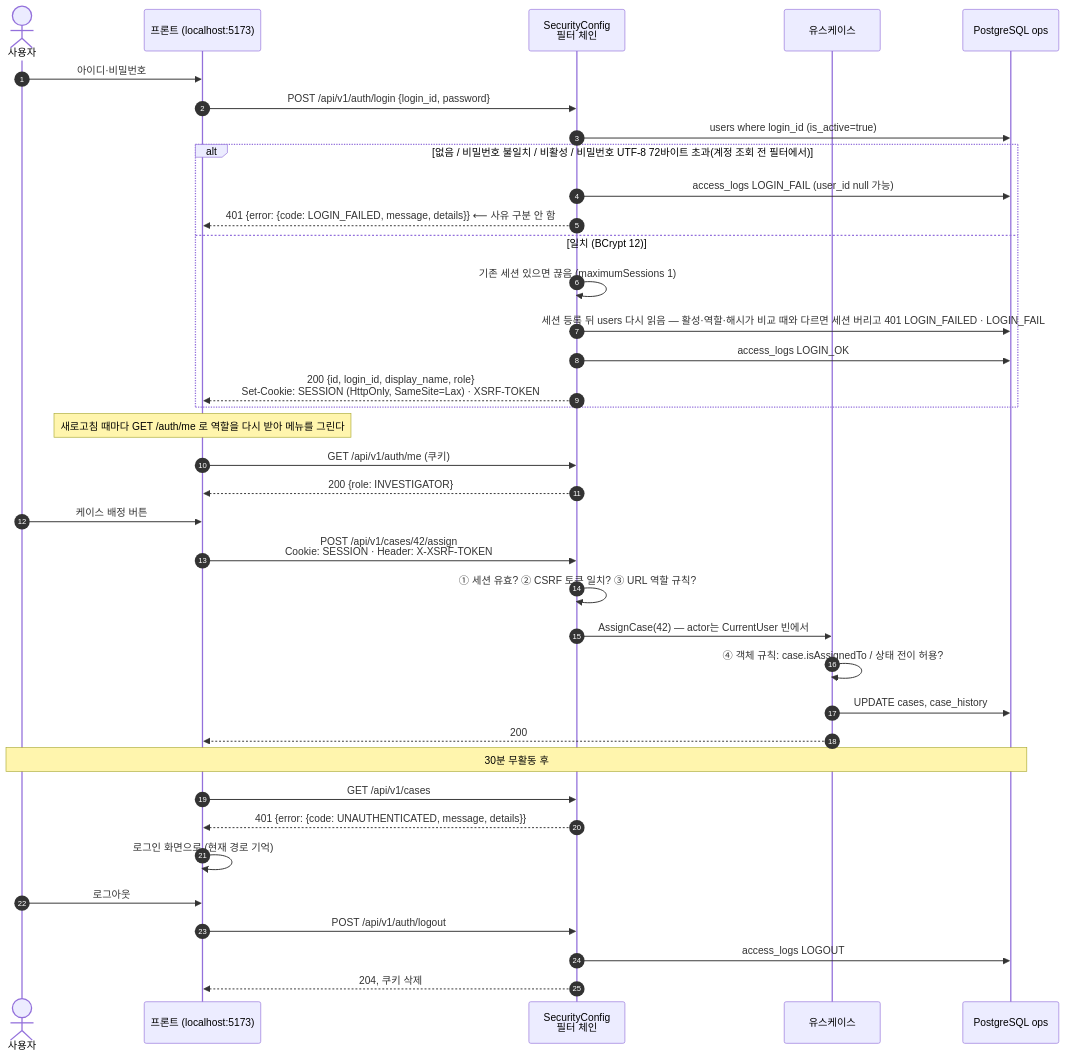
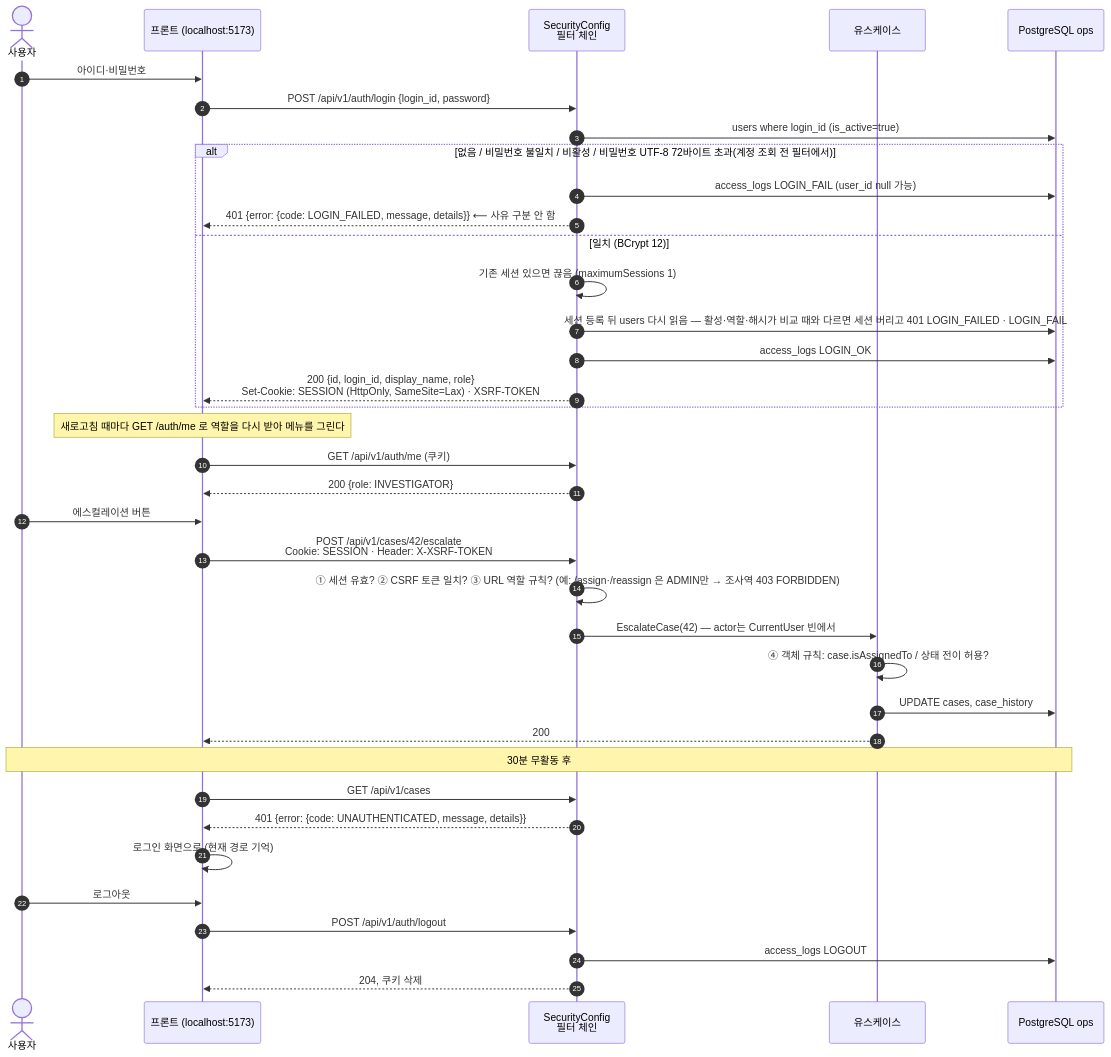
Before and after one commit to dajaba-team/dajaba-backend: the first of 3 diagrams in docs/flows/05_login_auth.md, drawn with Mermaid. The commit also changed 17 other files, not shown here.

First line of the commit message:
🔒 feat: 케이스 배정은 관리자만 — 조사역 자기 배정 막기, assign ADMIN 전용·SELF_ONLY 삭제 (SCRUM-339)

````diff
--- a/docs/flows/05_login_auth.md
+++ b/docs/flows/05_login_auth.md
@@ -7,44 +7,44 @@
 ```mermaid
 sequenceDiagram
     autonumber
     actor U as 사용자
     participant FE as 프론트 (localhost:5173)
     participant SEC as SecurityConfig<br/>필터 체인
     participant UC as 유스케이스
     participant DB as PostgreSQL ops
 
     U->>FE: 아이디·비밀번호
     FE->>SEC: POST /api/v1/auth/login {login_id, password}
     SEC->>DB: users where login_id (is_active=true)
     alt 없음 / 비밀번호 불일치 / 비활성 / 비밀번호 UTF-8 72바이트 초과(계정 조회 전 필터에서)
         SEC->>DB: access_logs LOGIN_FAIL (user_id null 가능)
         SEC-->>FE: 401 {error: {code: LOGIN_FAILED, message, details}}  ⟵ 사유 구분 안 함
     else 일치 (BCrypt 12)
         SEC->>SEC: 기존 세션 있으면 끊음 (maximumSessions 1)
         SEC->>DB: 세션 등록 뒤 users 다시 읽음 — 활성·역할·해시가 비교 때와 다르면 세션 버리고 401 LOGIN_FAILED · LOGIN_FAIL
         SEC->>DB: access_logs LOGIN_OK
         SEC-->>FE: 200 {id, login_id, display_name, role}<br/>Set-Cookie: SESSION (HttpOnly, SameSite=Lax) · XSRF-TOKEN
     end
 
     note over FE: 새로고침 때마다 GET /auth/me 로 역할을 다시 받아 메뉴를 그린다
     FE->>SEC: GET /api/v1/auth/me (쿠키)
     SEC-->>FE: 200 {role: INVESTIGATOR}
 
-    U->>FE: 케이스 배정 버튼
-    FE->>SEC: POST /api/v1/cases/42/assign<br/>Cookie: SESSION · Header: X-XSRF-TOKEN
-    SEC->>SEC: ① 세션 유효? ② CSRF 토큰 일치? ③ URL 역할 규칙?
-    SEC->>UC: AssignCase(42)  — actor는 CurrentUser 빈에서
+    U->>FE: 에스컬레이션 버튼
+    FE->>SEC: POST /api/v1/cases/42/escalate<br/>Cookie: SESSION · Header: X-XSRF-TOKEN
+    SEC->>SEC: ① 세션 유효? ② CSRF 토큰 일치? ③ URL 역할 규칙? (예: /assign·/reassign 은 ADMIN만 → 조사역 403 FORBIDDEN)
+    SEC->>UC: EscalateCase(42)  — actor는 CurrentUser 빈에서
     UC->>UC: ④ 객체 규칙: case.isAssignedTo / 상태 전이 허용?
     UC->>DB: UPDATE cases, case_history
     UC-->>FE: 200
 
     note over U,DB: 30분 무활동 후
     FE->>SEC: GET /api/v1/cases
     SEC-->>FE: 401 {error: {code: UNAUTHENTICATED, message, details}}
     FE->>FE: 로그인 화면으로 (현재 경로 기억)
 
     U->>FE: 로그아웃
     FE->>SEC: POST /api/v1/auth/logout
     SEC->>DB: access_logs LOGOUT
     SEC-->>FE: 204, 쿠키 삭제
 ```
````
